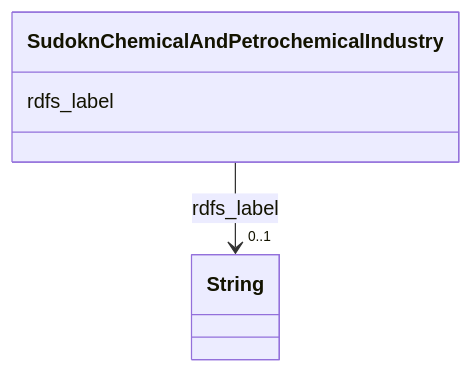
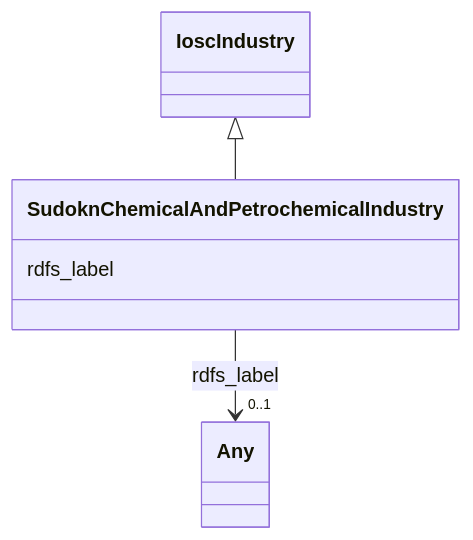
The diagram in sudokn-kg/classes/SudoknChemicalAndPetrochemicalIndustry.md (frink-okn/graph-descriptions), drawn with Mermaid before and after one commit. The commit also changed other lines of this file and 903 other files, not shown here.

````diff
--- a/sudokn-kg/classes/SudoknChemicalAndPetrochemicalIndustry.md
+++ b/sudokn-kg/classes/SudoknChemicalAndPetrochemicalIndustry.md
@@ -23,15 +18,18 @@
 ```mermaid
  classDiagram
     class SudoknChemicalAndPetrochemicalIndustry
     click SudoknChemicalAndPetrochemicalIndustry href "../SudoknChemicalAndPetrochemicalIndustry"
+      IoscIndustry <|-- SudoknChemicalAndPetrochemicalIndustry
+        click IoscIndustry href "../IoscIndustry"
+      
       SudoknChemicalAndPetrochemicalIndustry : rdfs_label
         
           
     
     
-    SudoknChemicalAndPetrochemicalIndustry --> "0..1" String : rdfs_label
-    click String href "../String"
+    SudoknChemicalAndPetrochemicalIndustry --> "0..1" Any : rdfs_label
+    click Any href "../Any"
 
         
       
 ```
````
